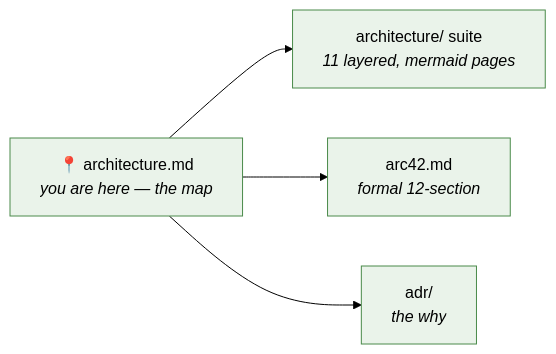
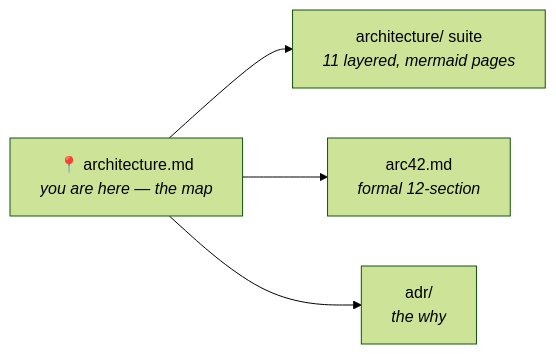
One commit to ADORSYS-GIS/ai-helm changed the first of 7 diagrams in docs/architecture.md. Above: the diagram before and after it, drawn with Mermaid (forest theme). The commit also changed other lines of this file and 13 other files, not shown here.

First line of the commit message:
docs(architecture): uncolor all mermaid; refresh CD/components; add diagrams

````diff
--- a/docs/architecture.md
+++ b/docs/architecture.md
@@ -14,9 +17,8 @@
 ```mermaid
 flowchart LR
-    HERE["📍 architecture.md<br/><i>you are here — the map</i>"]:::own
-    SUITE["architecture/ suite<br/><i>11 layered, mermaid pages</i>"]:::own
-    ARC["arc42.md<br/><i>formal 12-section</i>"]:::own
-    ADR["adr/<br/><i>the why</i>"]:::own
+    HERE["📍 architecture.md<br/><i>you are here — the map</i>"]
+    SUITE["architecture/ suite<br/><i>11 layered, mermaid pages</i>"]
+    ARC["arc42.md<br/><i>formal 12-section</i>"]
+    ADR["adr/<br/><i>the why</i>"]
     HERE --> SUITE & ARC & ADR
-    classDef own fill:#eaf3ea,stroke:#4a8a4a;
 ```
````
